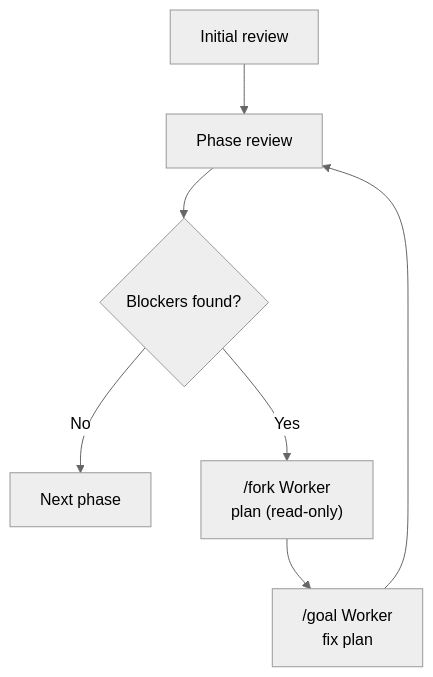
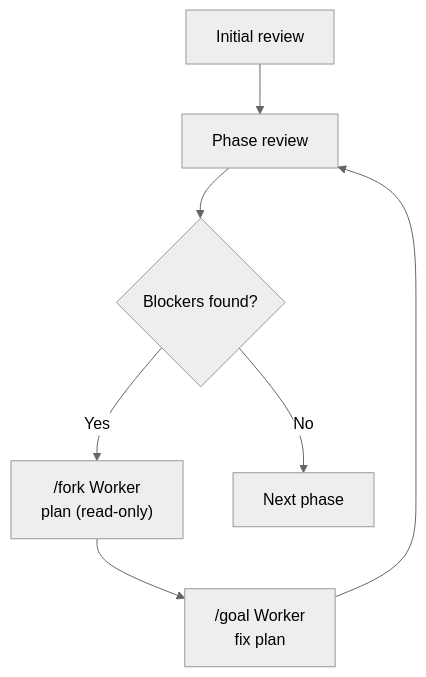
Before and after one commit to vv-bogdanov/pre2prod: the diagram in README.md, drawn with Mermaid (neutral theme). The commit also changed other lines of this file, not shown here.

````diff
--- a/README.md
+++ b/README.md
@@ -18,9 +18,9 @@
 ```mermaid
 flowchart TD
     I["Initial review"] --> R["Phase review"]
     R --> B{"Blockers found?"}
+    B -- Yes --> P["/fork Worker<br/>plan (read-only)"]
     B -- No --> N["Next phase"]
-    B -- Yes --> P["/fork Worker<br/>plan (read-only)"]
     P --> F["/goal Worker<br/>fix plan"]
     F --> R
 ```
````
